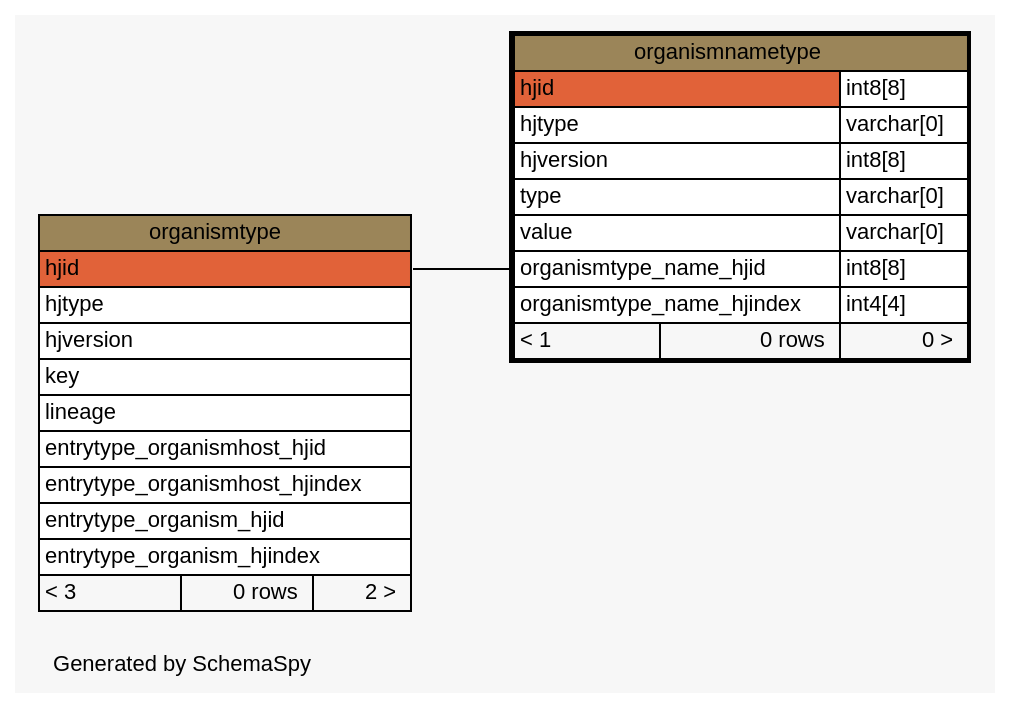
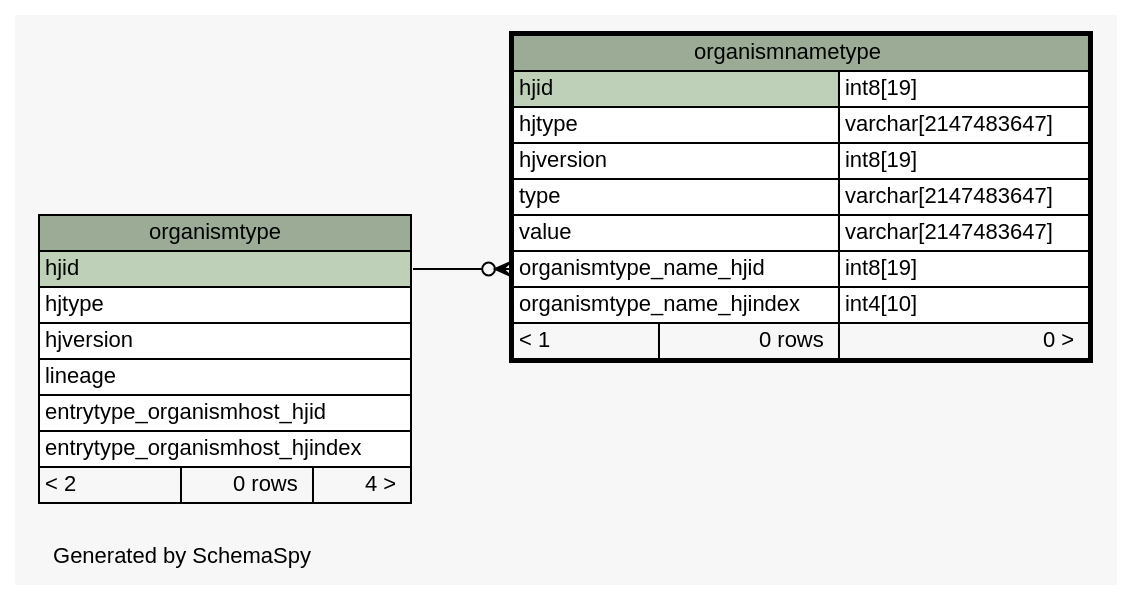
Before and after one commit to lmu-bioinformatics/xmlpipedb: the diagram in site/jekyll/assets/schemaspy/uniprotdb/diagrams/organismnametype.1degree.dot, drawn with Graphviz. The commit also changed 1451 other files, not shown here.

Commit message:
New SchemaSpy Results

```diff
--- a/site/jekyll/assets/schemaspy/uniprotdb/diagrams/organismnametype.1degree.dot
+++ b/site/jekyll/assets/schemaspy/uniprotdb/diagrams/organismnametype.1degree.dot
@@ -1,57 +1,54 @@
-// dot 2.22.2 on Windows Vista 6.0
-// SchemaSpy rev 536
+// dot 2.38.0 on Windows 8.1 6.3
+// SchemaSpy rev 590
 digraph "oneDegreeRelationshipsDiagram" {
   graph [
     rankdir="RL"
     bgcolor="#f7f7f7"
     label="\nGenerated by SchemaSpy"
     labeljust="l"
     nodesep="0.18"
     ranksep="0.46"
     fontname="Helvetica"
     fontsize="11"
   ];
   node [
     fontname="Helvetica"
     fontsize="11"
     shape="plaintext"
   ];
   edge [
     arrowsize="0.8"
   ];
-  "organismnametype":"organismtype_name_hjid":w -> "organismtype":"hjid":e [arrowhead=none arrowtail=crowodot];
+  "organismnametype":"organismtype_name_hjid":w -> "organismtype":"hjid":e [arrowhead=none dir=back arrowtail=crowodot];
   "organismnametype" [
     label=<
     <TABLE BORDER="2" CELLBORDER="1" CELLSPACING="0" BGCOLOR="#ffffff">
-      <TR><TD COLSPAN="3" BGCOLOR="#9b8559" ALIGN="CENTER">organismnametype</TD></TR>
-      <TR><TD PORT="hjid" COLSPAN="2" BGCOLOR="#e16239" ALIGN="LEFT">hjid</TD><TD PORT="hjid.type" ALIGN="LEFT">int8[8]</TD></TR>
-      <TR><TD PORT="hjtype" COLSPAN="2" ALIGN="LEFT">hjtype</TD><TD PORT="hjtype.type" ALIGN="LEFT">varchar[0]</TD></TR>
-      <TR><TD PORT="hjversion" COLSPAN="2" ALIGN="LEFT">hjversion</TD><TD PORT="hjversion.type" ALIGN="LEFT">int8[8]</TD></TR>
-      <TR><TD PORT="type" COLSPAN="2" ALIGN="LEFT">type</TD><TD PORT="type.type" ALIGN="LEFT">varchar[0]</TD></TR>
-      <TR><TD PORT="value" COLSPAN="2" ALIGN="LEFT">value</TD><TD PORT="value.type" ALIGN="LEFT">varchar[0]</TD></TR>
-      <TR><TD PORT="organismtype_name_hjid" COLSPAN="2" ALIGN="LEFT">organismtype_name_hjid</TD><TD PORT="organismtype_name_hjid.type" ALIGN="LEFT">int8[8]</TD></TR>
-      <TR><TD PORT="organismtype_name_hjindex" COLSPAN="2" ALIGN="LEFT">organismtype_name_hjindex</TD><TD PORT="organismtype_name_hjindex.type" ALIGN="LEFT">int4[4]</TD></TR>
+      <TR><TD COLSPAN="3" BGCOLOR="#9bab96" ALIGN="CENTER">organismnametype</TD></TR>
+      <TR><TD PORT="hjid" COLSPAN="2" BGCOLOR="#bed1b8" ALIGN="LEFT">hjid</TD><TD PORT="hjid.type" ALIGN="LEFT">int8[19]</TD></TR>
+      <TR><TD PORT="hjtype" COLSPAN="2" ALIGN="LEFT">hjtype</TD><TD PORT="hjtype.type" ALIGN="LEFT">varchar[2147483647]</TD></TR>
+      <TR><TD PORT="hjversion" COLSPAN="2" ALIGN="LEFT">hjversion</TD><TD PORT="hjversion.type" ALIGN="LEFT">int8[19]</TD></TR>
+      <TR><TD PORT="type" COLSPAN="2" ALIGN="LEFT">type</TD><TD PORT="type.type" ALIGN="LEFT">varchar[2147483647]</TD></TR>
+      <TR><TD PORT="value" COLSPAN="2" ALIGN="LEFT">value</TD><TD PORT="value.type" ALIGN="LEFT">varchar[2147483647]</TD></TR>
+      <TR><TD PORT="organismtype_name_hjid" COLSPAN="2" ALIGN="LEFT">organismtype_name_hjid</TD><TD PORT="organismtype_name_hjid.type" ALIGN="LEFT">int8[19]</TD></TR>
+      <TR><TD PORT="organismtype_name_hjindex" COLSPAN="2" ALIGN="LEFT">organismtype_name_hjindex</TD><TD PORT="organismtype_name_hjindex.type" ALIGN="LEFT">int4[10]</TD></TR>
       <TR><TD ALIGN="LEFT" BGCOLOR="#f7f7f7">&lt; 1</TD><TD ALIGN="RIGHT" BGCOLOR="#f7f7f7">0 rows</TD><TD ALIGN="RIGHT" BGCOLOR="#f7f7f7">0 &gt;</TD></TR>
     </TABLE>>
     URL="organismnametype.html"
     tooltip="organismnametype"
   ];
   "organismtype" [
     label=<
     <TABLE BORDER="0" CELLBORDER="1" CELLSPACING="0" BGCOLOR="#ffffff">
-      <TR><TD COLSPAN="3" BGCOLOR="#9b8559" ALIGN="CENTER">organismtype</TD></TR>
-      <TR><TD PORT="hjid" COLSPAN="3" BGCOLOR="#e16239" ALIGN="LEFT">hjid</TD></TR>
+      <TR><TD COLSPAN="3" BGCOLOR="#9bab96" ALIGN="CENTER">organismtype</TD></TR>
+      <TR><TD PORT="hjid" COLSPAN="3" BGCOLOR="#bed1b8" ALIGN="LEFT">hjid</TD></TR>
       <TR><TD PORT="hjtype" COLSPAN="3" ALIGN="LEFT">hjtype</TD></TR>
       <TR><TD PORT="hjversion" COLSPAN="3" ALIGN="LEFT">hjversion</TD></TR>
-      <TR><TD PORT="key" COLSPAN="3" ALIGN="LEFT">key</TD></TR>
       <TR><TD PORT="lineage" COLSPAN="3" ALIGN="LEFT">lineage</TD></TR>
       <TR><TD PORT="entrytype_organismhost_hjid" COLSPAN="3" ALIGN="LEFT">entrytype_organismhost_hjid</TD></TR>
       <TR><TD PORT="entrytype_organismhost_hjindex" COLSPAN="3" ALIGN="LEFT">entrytype_organismhost_hjindex</TD></TR>
-      <TR><TD PORT="entrytype_organism_hjid" COLSPAN="3" ALIGN="LEFT">entrytype_organism_hjid</TD></TR>
-      <TR><TD PORT="entrytype_organism_hjindex" COLSPAN="3" ALIGN="LEFT">entrytype_organism_hjindex</TD></TR>
-      <TR><TD ALIGN="LEFT" BGCOLOR="#f7f7f7">&lt; 3</TD><TD ALIGN="RIGHT" BGCOLOR="#f7f7f7">0 rows</TD><TD ALIGN="RIGHT" BGCOLOR="#f7f7f7">2 &gt;</TD></TR>
+      <TR><TD ALIGN="LEFT" BGCOLOR="#f7f7f7">&lt; 2</TD><TD ALIGN="RIGHT" BGCOLOR="#f7f7f7">0 rows</TD><TD ALIGN="RIGHT" BGCOLOR="#f7f7f7">4 &gt;</TD></TR>
     </TABLE>>
     URL="organismtype.html"
     tooltip="organismtype"
   ];
 }
```
